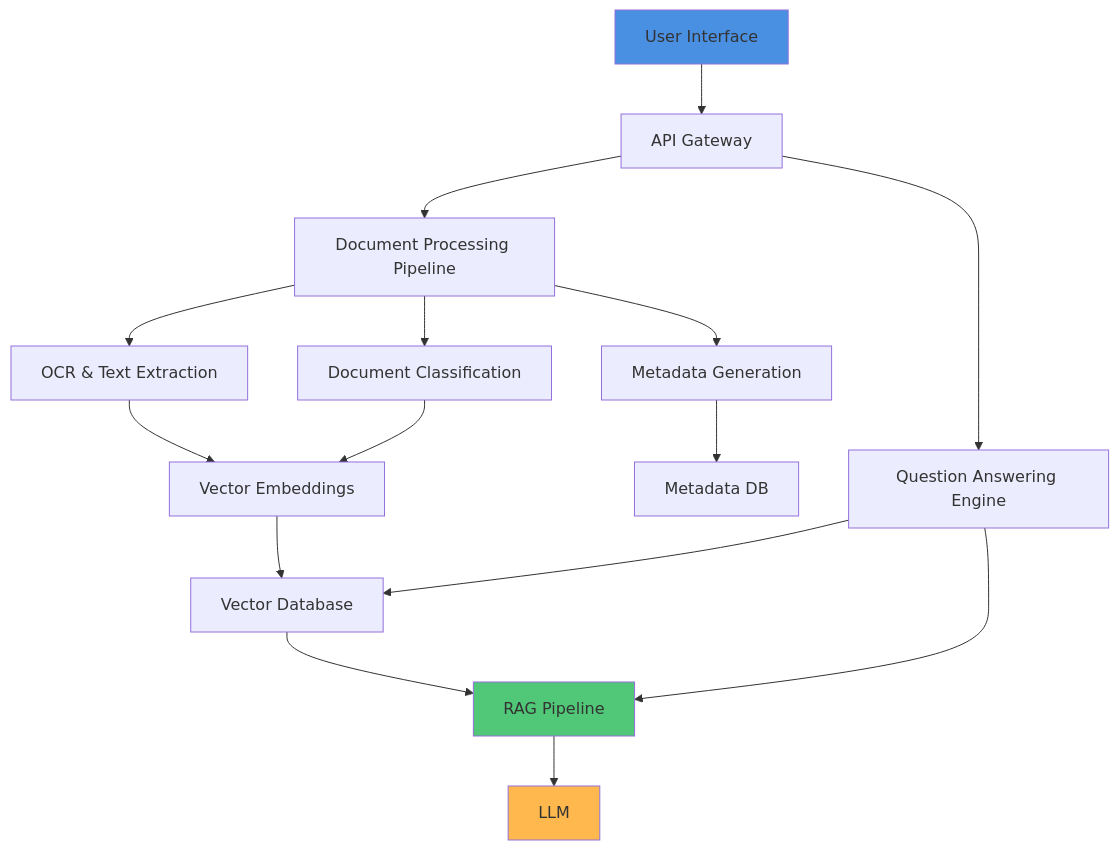
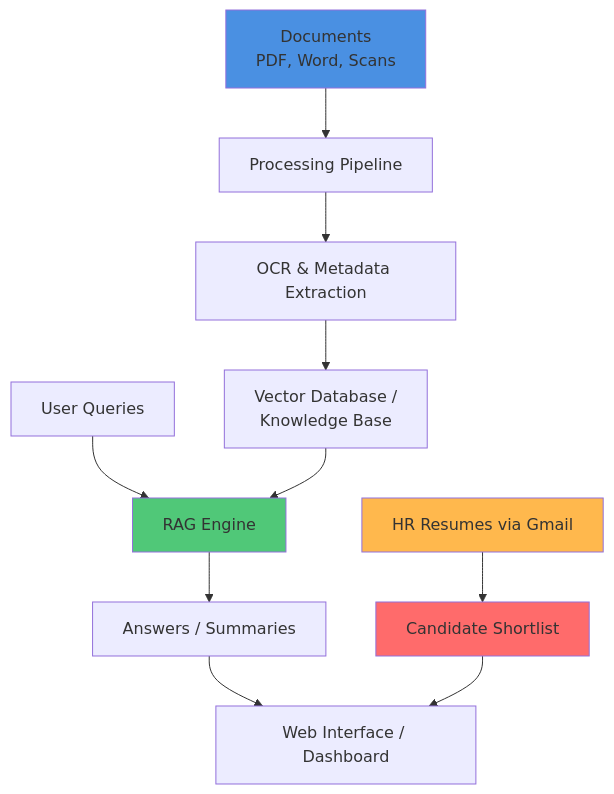
The first of 2 diagrams in presentation.qmd (zainulhassan815/fyp-docs-draft), drawn with Mermaid before and after one commit. The commit also changed other lines of this file and 5 other files, not shown here.

````diff
--- a/presentation.qmd
+++ b/presentation.qmd
@@ -237,22 +200,18 @@
 ```{mermaid}
-%%| fig-width: 10
+%%| fig-height: 5
 graph TB
-    A[User Interface] --> B[API Gateway]
-    B --> C[Document Processing Pipeline]
-    B --> D[Question Answering Engine]
-    C --> E[OCR & Text Extraction]
-    C --> F[Document Classification]
-    C --> G[Metadata Generation]
-    E --> H[Vector Embeddings]
+    A[Documents<br/>PDF, Word, Scans] --> B[Processing Pipeline]
+    C[HR Resumes via Gmail] --> D[Candidate Shortlist]
+    B --> E[OCR & Metadata Extraction]
+    E --> F[Vector Database /<br/>Knowledge Base]
+    G[User Queries] --> H[RAG Engine]
     F --> H
-    G --> I[Metadata DB]
-    H --> J[Vector Database]
+    H --> I[Answers / Summaries]
+    I --> J[Web Interface / Dashboard]
     D --> J
-    D --> K[RAG Pipeline]
-    K --> L[LLM]
-    J --> K
 
     style A fill:#4A90E2
-    style K fill:#50C878
-    style L fill:#FFB84D
+    style C fill:#FFB84D
+    style H fill:#50C878
+    style D fill:#FF6B6B
 ```
````
